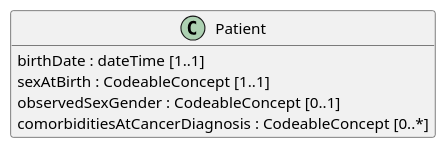
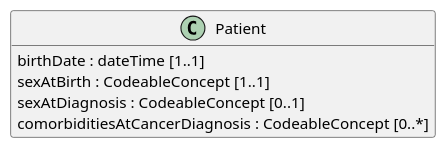
Before and after one commit to hl7-eu/cancer-common: the diagram in input/images-source/Patient_LM.plantuml, drawn with PlantUML. The commit also changed 15 other files, not shown here.

Commit message:
Update logical model diagrams and page

```diff
--- a/input/images-source/Patient_LM.plantuml
+++ b/input/images-source/Patient_LM.plantuml
@@ -1,12 +1,12 @@
 @startuml
 hide empty members
 skinparam classAttributeIconSize 0
 
 class Patient {
   birthDate : dateTime [1..1]
   sexAtBirth : CodeableConcept [1..1]
-  observedSexGender : CodeableConcept [0..1]
+  sexAtDiagnosis : CodeableConcept [0..1]
   comorbiditiesAtCancerDiagnosis : CodeableConcept [0..*]
 }
 
 @enduml
```
